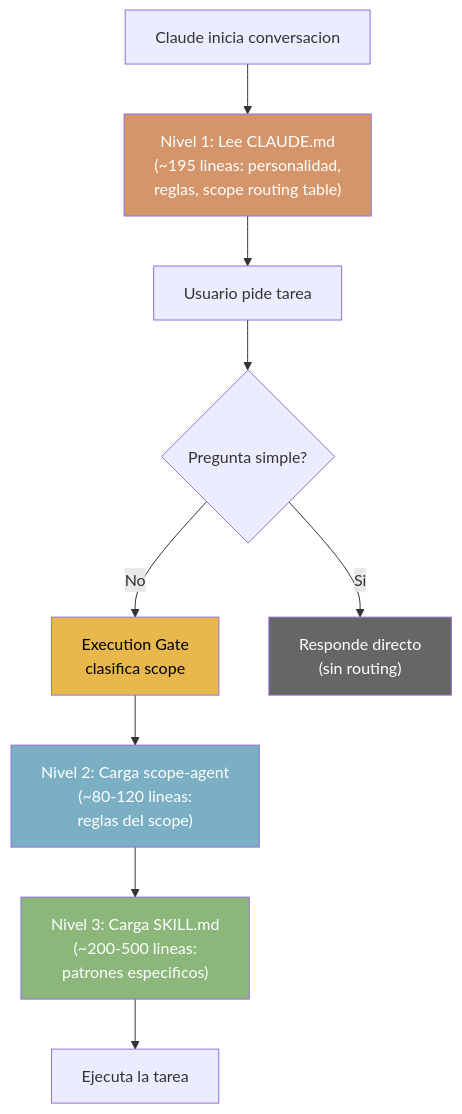
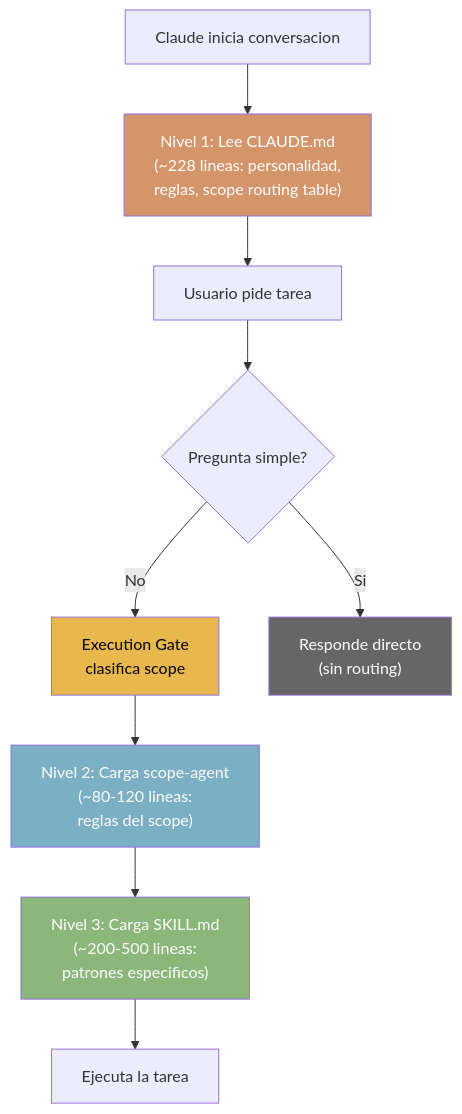
One commit to jota-batuta/batuta-dots changed the sixth of 12 diagrams in about/arquitectura-diagrama.md. Above: the diagram before and after it, drawn with Mermaid. The commit also changed other lines of this file and 21 other files, not shown here.

````diff
--- a/about/arquitectura-diagrama.md
+++ b/about/arquitectura-diagrama.md
@@ -196,22 +196,22 @@
 ```mermaid
 flowchart TD
     START["Claude inicia conversacion"]
-    READ["Nivel 1: Lee CLAUDE.md<br/>(~195 lineas: personalidad,<br/>reglas, scope routing table)"]
+    READ["Nivel 1: Lee CLAUDE.md<br/>(~228 lineas: personalidad,<br/>reglas, scope routing table)"]
     TASK["Usuario pide tarea"]
     GATE["Execution Gate<br/>clasifica scope"]
     LOAD_AGENT["Nivel 2: Carga scope-agent<br/>(~80-120 lineas:<br/>reglas del scope)"]
     LOAD_SKILL["Nivel 3: Carga SKILL.md<br/>(~200-500 lineas:<br/>patrones especificos)"]
     WORK["Ejecuta la tarea"]
     SIMPLE{"Pregunta simple?"}
     DIRECT["Responde directo<br/>(sin routing)"]
 
     START --> READ --> TASK --> SIMPLE
     SIMPLE -->|"Si"| DIRECT
     SIMPLE -->|"No"| GATE --> LOAD_AGENT --> LOAD_SKILL --> WORK
 
     style READ fill:#D4956A,color:#fff
     style LOAD_AGENT fill:#7AAFC4,color:#fff
     style LOAD_SKILL fill:#8BB87A,color:#fff
     style GATE fill:#E8B84D,color:#000
     style DIRECT fill:#666,color:#fff
 ```
````
